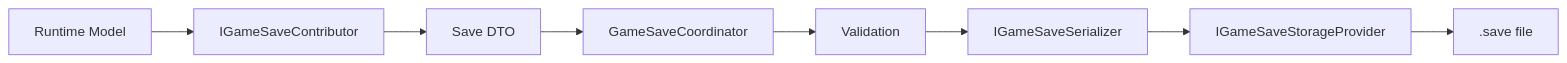
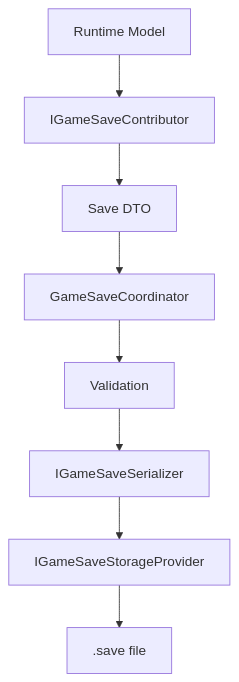
The first of 3 diagrams in Docs/Eng/ArchitectureAtlas/09_SaveSystem.md (chainsawlad-Org/ChainSaw_Leg), drawn with Mermaid before and after one commit. The commit also changed 29 other files, not shown here.

````diff
--- a/Docs/Eng/ArchitectureAtlas/09_SaveSystem.md
+++ b/Docs/Eng/ArchitectureAtlas/09_SaveSystem.md
@@ -42,20 +42,20 @@
 ```mermaid
-flowchart LR
+flowchart TD
 
 RuntimeModel["Runtime Model"]
 Contributor["IGameSaveContributor"]
 SaveDTO["Save DTO"]
 Coordinator["GameSaveCoordinator"]
 Validation["Validation"]
 Serializer["IGameSaveSerializer"]
 Storage["IGameSaveStorageProvider"]
 File[".save file"]
 
 RuntimeModel --> Contributor
 Contributor --> SaveDTO
 SaveDTO --> Coordinator
 Coordinator --> Validation
 Validation --> Serializer
 Serializer --> Storage
 Storage --> File
 ```
````
